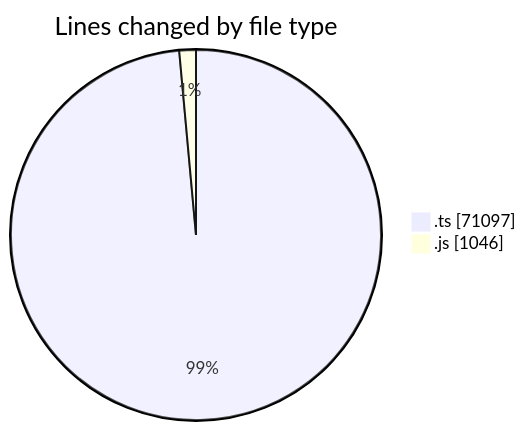
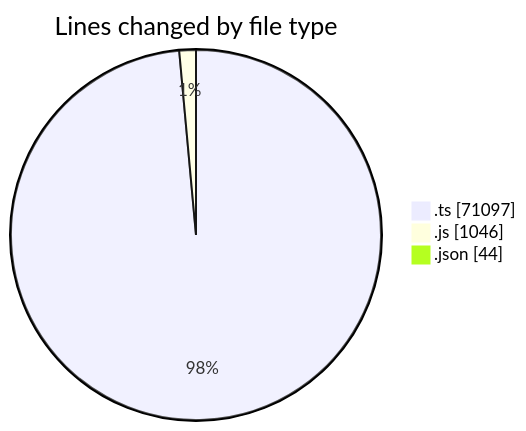
The first of 2 diagrams in 2025-09-29/cda/README.md (momahboobian/code-tracking), drawn with Mermaid before and after one commit. The commit also changed other lines of this file and 1 other file, not shown here.

````diff
--- a/2025-09-29/cda/README.md
+++ b/2025-09-29/cda/README.md
@@ -29,6 +30,7 @@
 ```mermaid
 pie showData
 title Lines changed by file type
 ".ts" : 71097
 ".js" : 1046
+".json" : 44
 ```
````
